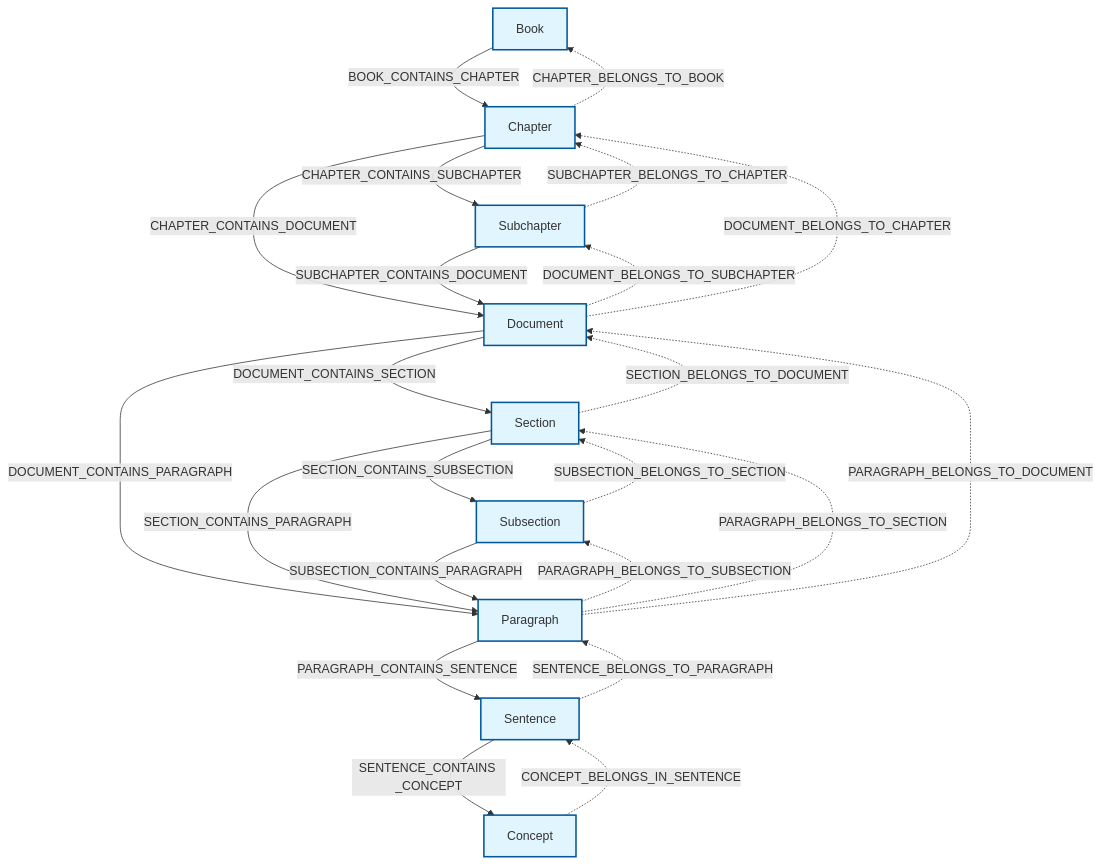
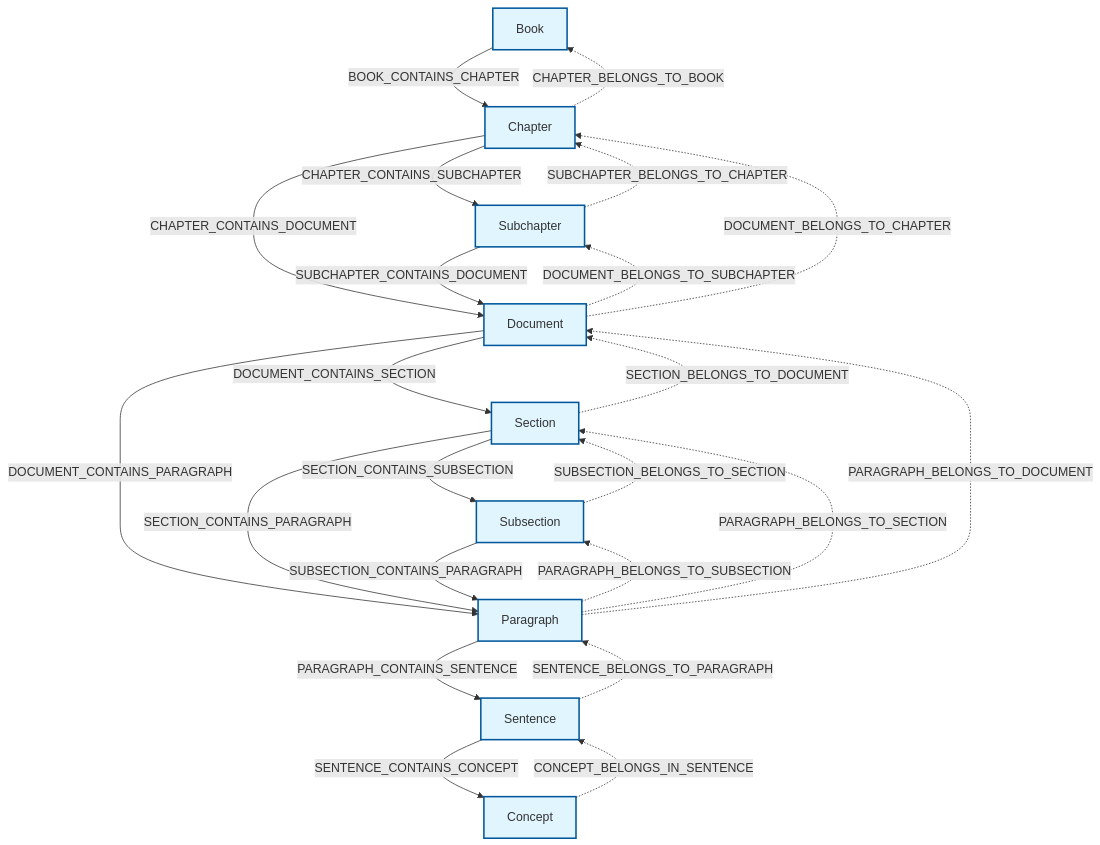
The diagram in README.md (PedegreeStudios/bee-graph), drawn with Mermaid before and after one commit. The commit also changed other lines of this file and 43 other files, not shown here.

````diff
--- a/README.md
+++ b/README.md
@@ -133,44 +133,44 @@
 ```mermaid
 graph TD
     %% Node Types
     Book[Book]
     Chapter[Chapter]
     Subchapter[Subchapter]
     Document[Document]
     Section[Section]
     Subsection[Subsection]
     Paragraph[Paragraph]
     Sentence[Sentence]
     Concept[Concept]
 
     %% Top-Down CONTAINS Relationships
     Book -->|BOOK_CONTAINS_CHAPTER| Chapter
     Chapter -->|CHAPTER_CONTAINS_SUBCHAPTER| Subchapter
     Chapter -->|CHAPTER_CONTAINS_DOCUMENT| Document
     Subchapter -->|SUBCHAPTER_CONTAINS_DOCUMENT| Document
     Document -->|DOCUMENT_CONTAINS_SECTION| Section
     Document -->|DOCUMENT_CONTAINS_PARAGRAPH| Paragraph
     Section -->|SECTION_CONTAINS_SUBSECTION| Subsection
     Section -->|SECTION_CONTAINS_PARAGRAPH| Paragraph
     Subsection -->|SUBSECTION_CONTAINS_PARAGRAPH| Paragraph
     Paragraph -->|PARAGRAPH_CONTAINS_SENTENCE| Sentence
-    Sentence -->|SENTENCE_CONTAINS _CONCEPT| Concept
+    Sentence -->|SENTENCE_CONTAINS_CONCEPT| Concept
 
     %% Bottom-Up BELONGS_TO Relationships
     Concept -.->|CONCEPT_BELONGS_IN_SENTENCE| Sentence
     Sentence -.->|SENTENCE_BELONGS_TO_PARAGRAPH| Paragraph
     Paragraph -.->|PARAGRAPH_BELONGS_TO_SUBSECTION| Subsection
     Paragraph -.->|PARAGRAPH_BELONGS_TO_SECTION| Section
     Paragraph -.->|PARAGRAPH_BELONGS_TO_DOCUMENT| Document
     Subsection -.->|SUBSECTION_BELONGS_TO_SECTION| Section
     Section -.->|SECTION_BELONGS_TO_DOCUMENT| Document
     Document -.->|DOCUMENT_BELONGS_TO_SUBCHAPTER| Subchapter
     Document -.->|DOCUMENT_BELONGS_TO_CHAPTER| Chapter
     Subchapter -.->|SUBCHAPTER_BELONGS_TO_CHAPTER| Chapter
     Chapter -.->|CHAPTER_BELONGS_TO_BOOK| Book
 
     %% Styling
     classDef nodeType fill:#e1f5fe,stroke:#01579b,stroke-width:2px
 
     class Book,Chapter,Subchapter,Document,Section,Subsection,Paragraph,Sentence,Concept nodeType
 ```
````
